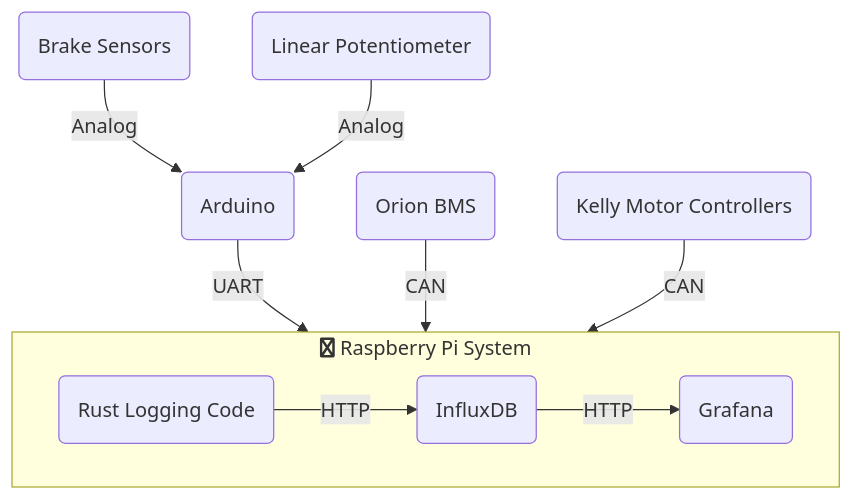
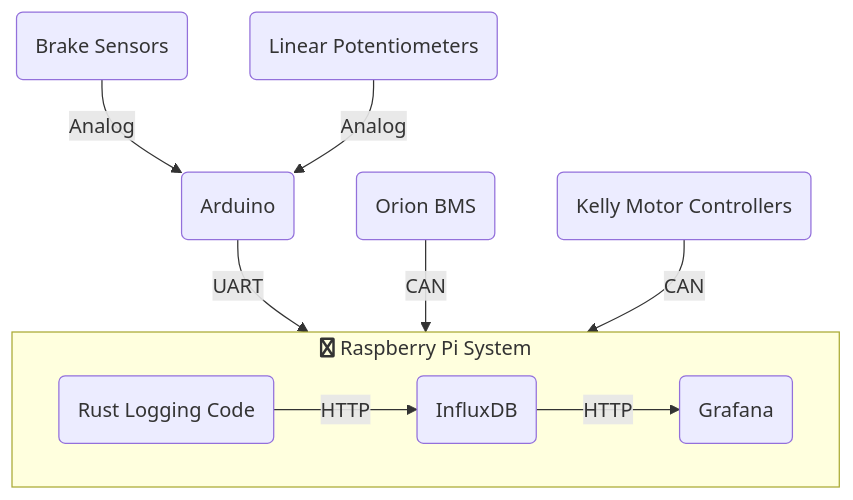
One commit to AlistairKeiller/FSAE-influxdb changed the diagram in README.md. Above: the diagram before and after it, drawn with Mermaid.

Commit message:
fix spelling

````diff
--- a/README.md
+++ b/README.md
@@ -1,12 +1,12 @@
 ```mermaid
 flowchart TD
     B(Brake Sensors) -->|Analog| A(Arduino)
-    L(Linear Potentiometer) -->|Analog| A(Arduino)
+    L(Linear Potentiometers) -->|Analog| A(Arduino)
     A(Arduino) -->|UART| Pi[fa:fa-raspberry-pi Raspberry Pi System]
     O(Orion BMS) -->|CAN| Pi[fa:fa-raspberry-pi Raspberry Pi System]
     K(Kelly Motor Controllers) -->|CAN| Pi[fa:fa-raspberry-pi Raspberry Pi System]
     subgraph Pi[fa:fa-raspberry-pi Raspberry Pi System]
         R(Rust Logging Code) -->|HTTP| I(InfluxDB)
         I(InfluxDB) -->|HTTP| G(Grafana)
     end
 ```
````
